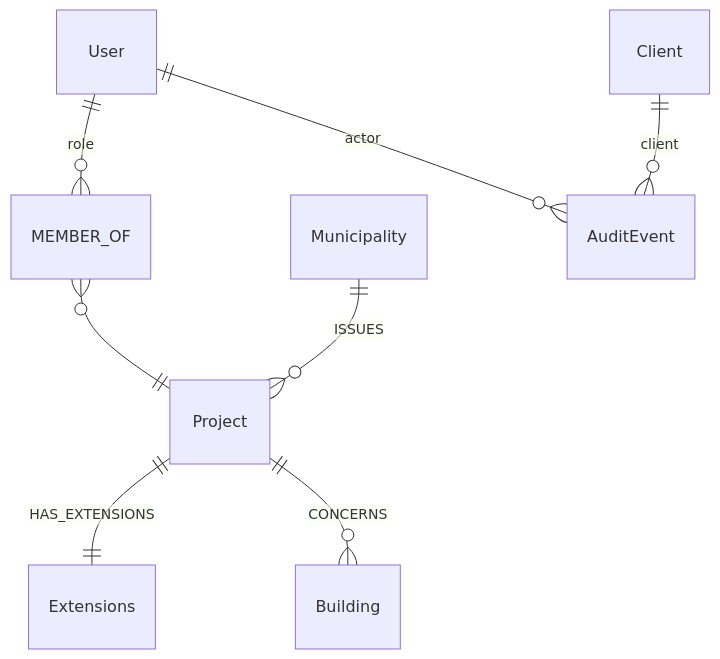
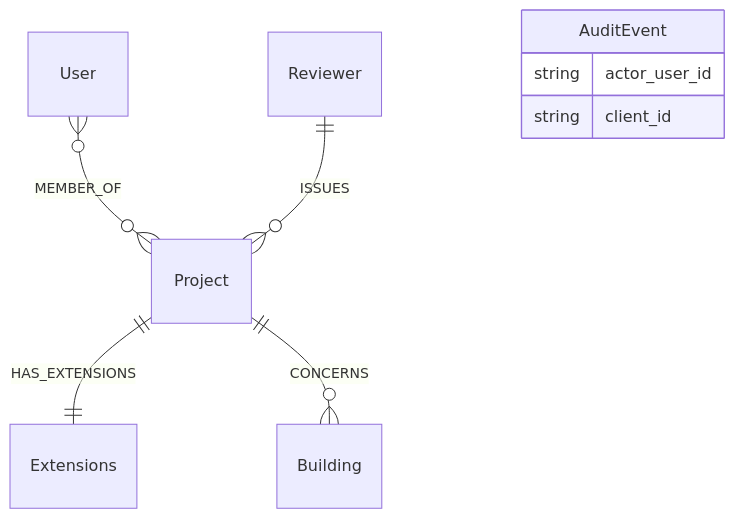
The first of 6 diagrams in docs/graph-schema.md (marwiss/Kontroll), drawn with Mermaid before and after one commit. The commit also changed other lines of this file and 2 other files, not shown here.

First line of the commit message:
Rename Municipality to Reviewer, fix diagrams

````diff
--- a/docs/graph-schema.md
+++ b/docs/graph-schema.md
@@ -23,10 +29,11 @@
 ```mermaid
 erDiagram
-    User ||--o{ MEMBER_OF : role
-    MEMBER_OF }o--|| Project : ""
+    User }o--o{ Project : MEMBER_OF
     Project ||--|| Extensions : HAS_EXTENSIONS
-    Municipality ||--o{ Project : ISSUES
+    Reviewer ||--o{ Project : ISSUES
     Project ||--o{ Building : CONCERNS
-    User ||--o{ AuditEvent : actor
-    Client ||--o{ AuditEvent : client
+    AuditEvent {
+        string actor_user_id
+        string client_id
+    }
 ```
````
